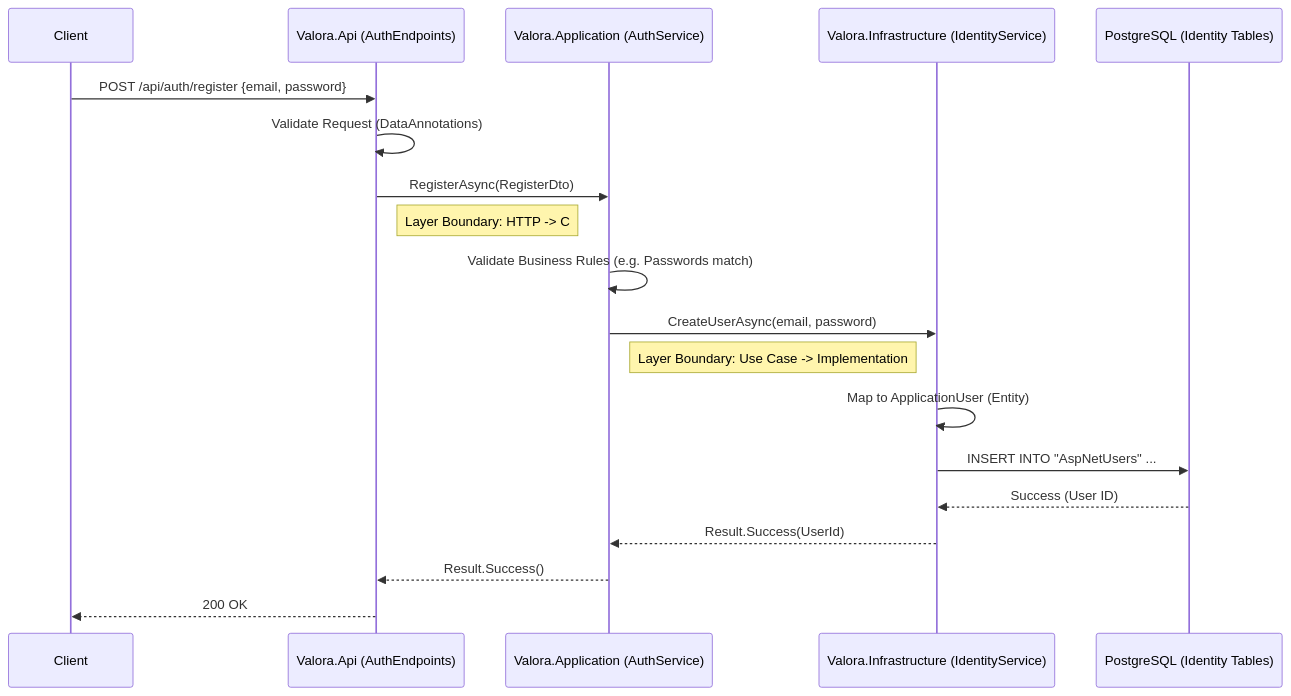
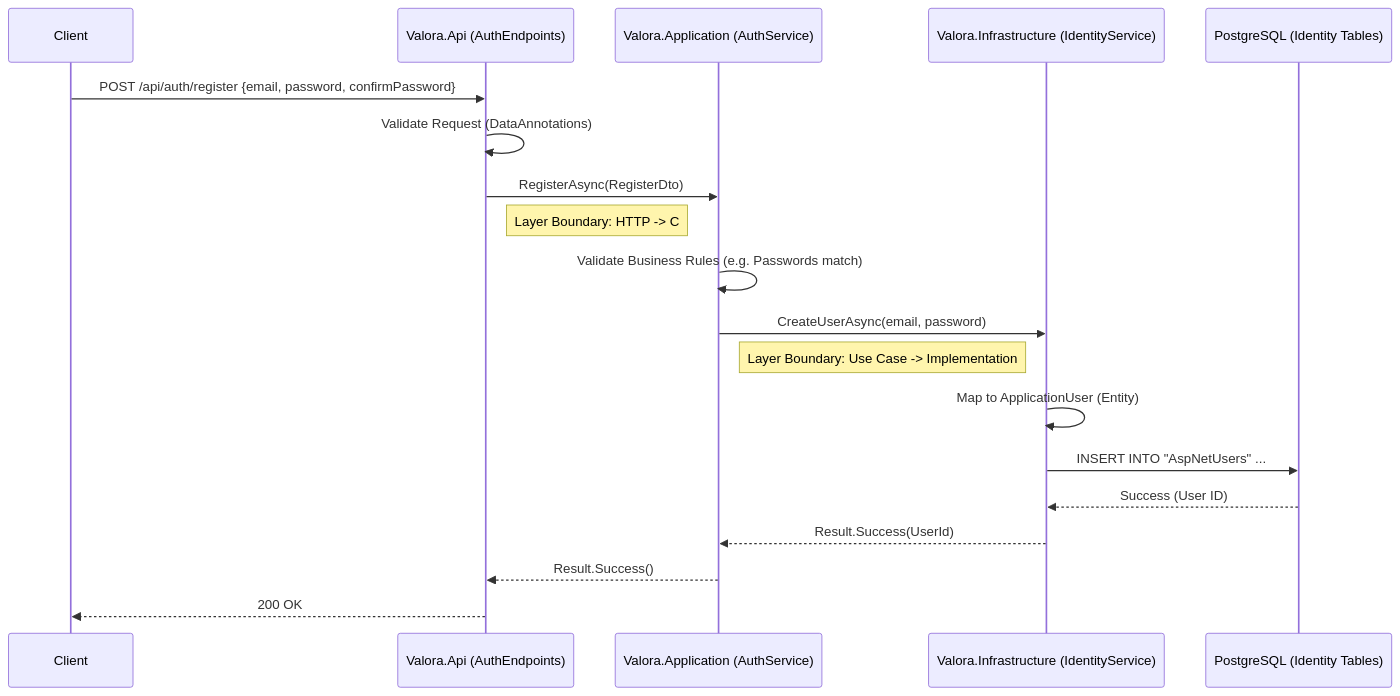
The diagram in docs/onboarding-persistence-flow.md (YKDBontekoe/valora), drawn with Mermaid before and after one commit. The commit also changed other lines of this file, not shown here.

First line of the commit message:
Address PR Feedback: Correct Paths and Diagrams in Docs

````diff
--- a/docs/onboarding-persistence-flow.md
+++ b/docs/onboarding-persistence-flow.md
@@ -12,29 +14,29 @@
 ```mermaid
 sequenceDiagram
     participant Client
     participant API as Valora.Api (AuthEndpoints)
     participant App as Valora.Application (AuthService)
     participant Infra as Valora.Infrastructure (IdentityService)
     participant DB as PostgreSQL (Identity Tables)
 
-    Client->>API: POST /api/auth/register {email, password}
+    Client->>API: POST /api/auth/register {email, password, confirmPassword}
 
     API->>API: Validate Request (DataAnnotations)
 
     API->>App: RegisterAsync(RegisterDto)
     note right of API: Layer Boundary: HTTP -> C#
 
     App->>App: Validate Business Rules (e.g. Passwords match)
 
     App->>Infra: CreateUserAsync(email, password)
     note right of App: Layer Boundary: Use Case -> Implementation
 
     Infra->>Infra: Map to ApplicationUser (Entity)
 
     Infra->>DB: INSERT INTO "AspNetUsers" ...
     DB-->>Infra: Success (User ID)
 
     Infra-->>App: Result.Success(UserId)
     App-->>API: Result.Success()
     API-->>Client: 200 OK
 ```
````
